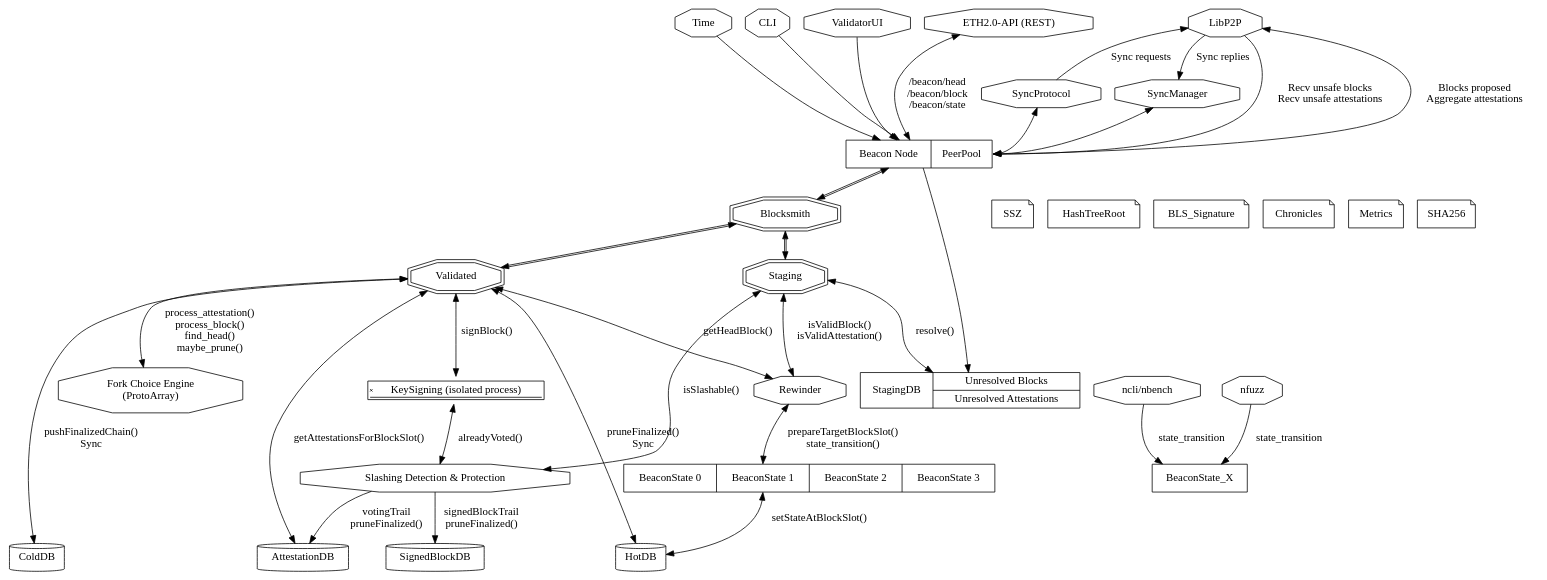
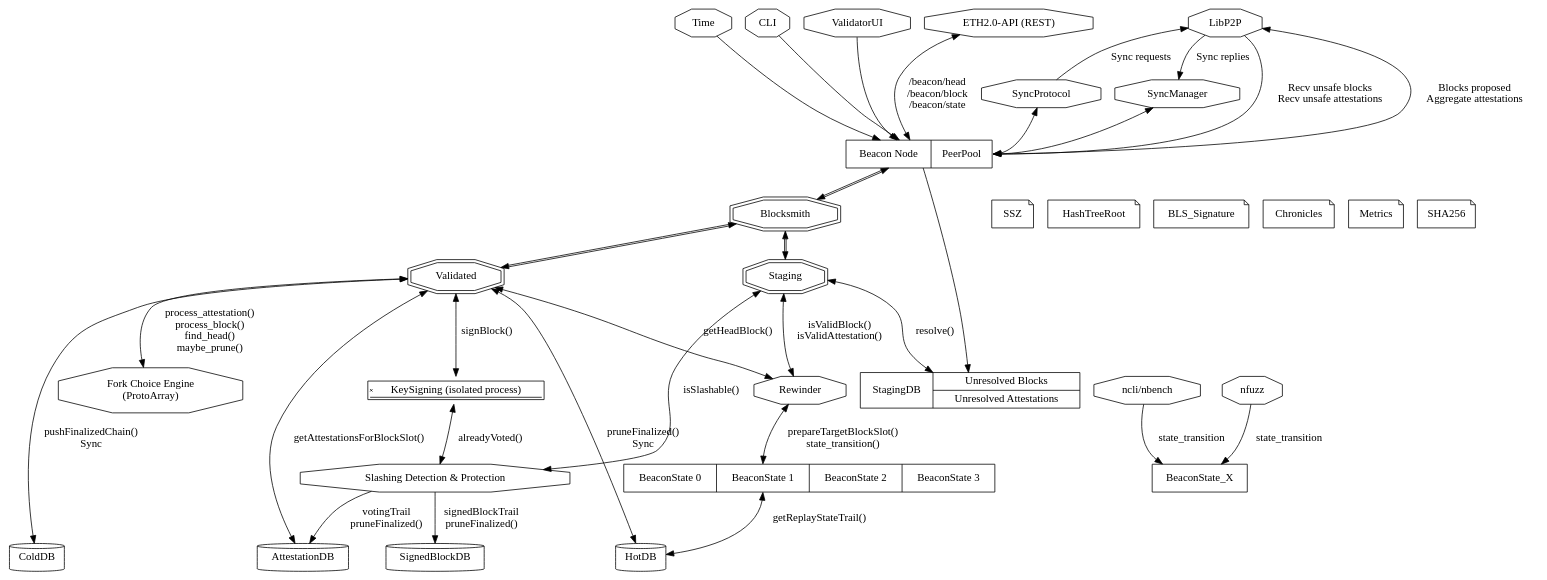
One commit to mratsim/blocksmith changed the diagram in architecture.dot. Above: the diagram before and after it, drawn with Graphviz. The commit also changed 1 other file, not shown here.

Commit message:
specify the HotDB

```diff
--- a/architecture.dot
+++ b/architecture.dot
@@ -1,74 +1,74 @@
 digraph architecture{
   node [shape = signature]; KeySigning [label="KeySigning (isolated process)"];
   node [shape = octagon]; SyncManager SyncProtocol Time CLI ValidatorUI Slashing LibP2P ETH2_API ncli nfuzz Rewinder ForkChoice;
   ETH2_API [label="ETH2.0-API (REST)"];
   Slashing [label="Slashing Detection & Protection"];
   ForkChoice [label="Fork Choice Engine\n(ProtoArray)"];
   {rank = source; LibP2P ETH2_API CLI Time ValidatorUI;}
 
   node [shape = record] BeaconNode;
   BeaconNode [label="<nbc>Beacon Node | <PeerPool>PeerPool"]
 
   ncli [label="ncli/nbench"];
   {rank = same; ncli; nfuzz;}
 
   node [shape = doubleoctagon]; Blocksmith Staging Validated;
   node [shape = note] SSZ HashTreeRoot BLS_Signature Chronicles Metrics SHA256
   {rank = same; Blocksmith SSZ HashTreeRoot BLS_Signature Chronicles Metrics SHA256;}
 
   node [shape = record]; StagingDB;
   StagingDB [label="StagingDB | {Unresolved Blocks | Unresolved Attestations}"];
 
   node [shape = record]; BeaconStatePool;
   node [shape = box]; BeaconState_X;
 
   BeaconStatePool [label="<bs0>BeaconState 0|<bs1>BeaconState 1|<bs2>BeaconState 2|<bs3>BeaconState 3"];
   {rank = same; BeaconStatePool BeaconState_X;}
 
   node [shape = cylinder]; AttestationDB HotDB ColdDB;
   {rank = sink; AttestationDB SignedBlockDB HotDB ColdDB;}
 
   {rank = same; SyncManager SyncProtocol;}
 
   SyncManager -> BeaconNode:PeerPool [dir=both]
   SyncProtocol -> BeaconNode:PeerPool [dir=both]
 
   CLI -> BeaconNode
   ValidatorUI -> BeaconNode
   Time -> BeaconNode
   BeaconNode -> Blocksmith [dir=both color="black:black"]
   BeaconNode -> StagingDB
   Blocksmith -> Staging [dir=both color="black:black"]
   Blocksmith -> Validated [dir=both color="black:black"]
   Staging -> StagingDB [dir=both label="resolve()"]
 
   ncli -> BeaconState_X [label="state_transition"]
   nfuzz -> BeaconState_X [label="state_transition"]
 
   SyncProtocol -> LibP2P [label="Sync requests"]
   LibP2P -> SyncManager [label="Sync replies"]
 
   LibP2P -> BeaconNode:PeerPool [label="Recv unsafe blocks\nRecv unsafe attestations"]
   BeaconNode:PeerPool -> LibP2P [label="Blocks proposed\nAggregate attestations"]
   ETH2_API -> BeaconNode [dir="both", label="/beacon/head\n/beacon/block\n/beacon/state"]
 
   Validated -> ForkChoice [dir="both", label="process_attestation()\nprocess_block()\nfind_head()\nmaybe_prune()"]
 
   Staging -> Slashing [dir="both", label="isSlashable()"]
   Validated -> KeySigning [dir="both", label="signBlock()"]
   KeySigning -> Slashing [dir="both", label="alreadyVoted()"]
   Slashing -> AttestationDB [label="votingTrail\npruneFinalized()"]
   Slashing -> SignedBlockDB [label="signedBlockTrail\npruneFinalized()"]
   Validated -> AttestationDB [dir="both", label="getAttestationsForBlockSlot()"]
 
   Validated -> HotDB [dir="both", label="pruneFinalized()\nSync"]
 
   Rewinder -> BeaconStatePool:bs1 [dir="both", label="prepareTargetBlockSlot()\nstate_transition()"]
-  BeaconStatePool:bs1 -> HotDB [dir="both", label="setStateAtBlockSlot()"]
+  BeaconStatePool:bs1 -> HotDB [dir="both", label="getReplayStateTrail()"]
 
   Staging -> Rewinder [dir="both", label="isValidBlock()\nisValidAttestation()"]
   Validated -> Rewinder [dir="both", label="getHeadBlock()"]
 
 
   Validated -> ColdDB [dir="both", label="pushFinalizedChain()\nSync"]
 }
```
